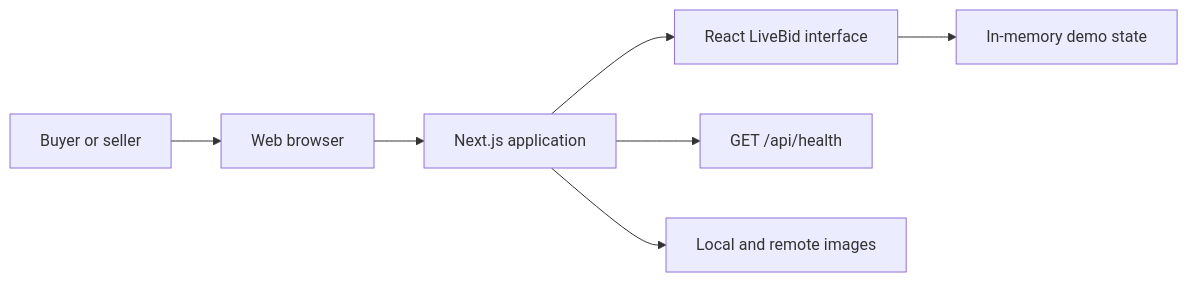
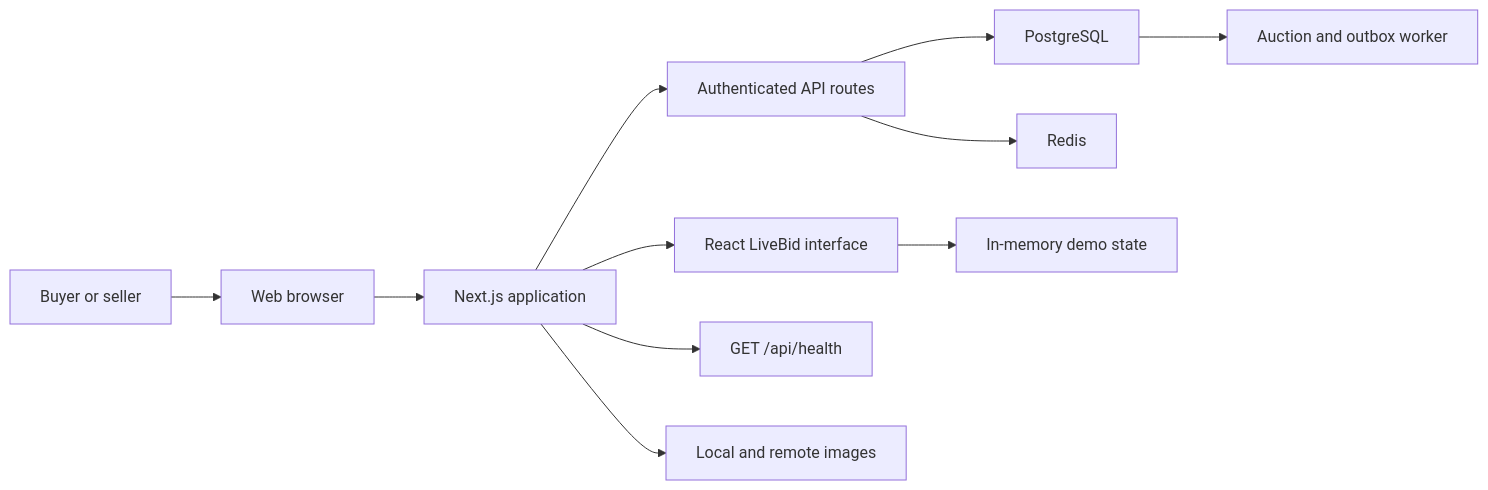
The diagram in README.md (KrishnaDistributedcomputing/livebid), drawn with Mermaid before and after one commit. The commit also changed other lines of this file and 37 other files, not shown here.

````diff
--- a/README.md
+++ b/README.md
@@ -46,9 +47,13 @@
 ```mermaid
 flowchart LR
     User["Buyer or seller"] --> Browser["Web browser"]
     Browser --> Next["Next.js application"]
     Next --> UI["React LiveBid interface"]
+    Next --> API["Authenticated API routes"]
+    API --> PostgreSQL["PostgreSQL"]
+    API --> Redis["Redis"]
+    PostgreSQL --> Worker["Auction and outbox worker"]
     Next --> Health["GET /api/health"]
     UI --> Memory["In-memory demo state"]
     Next --> Media["Local and remote images"]
 ```
````
